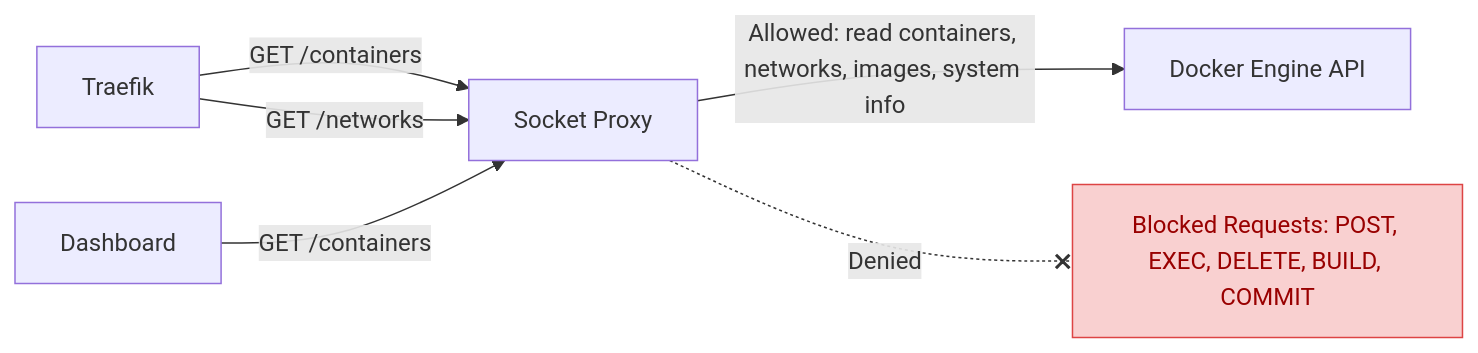
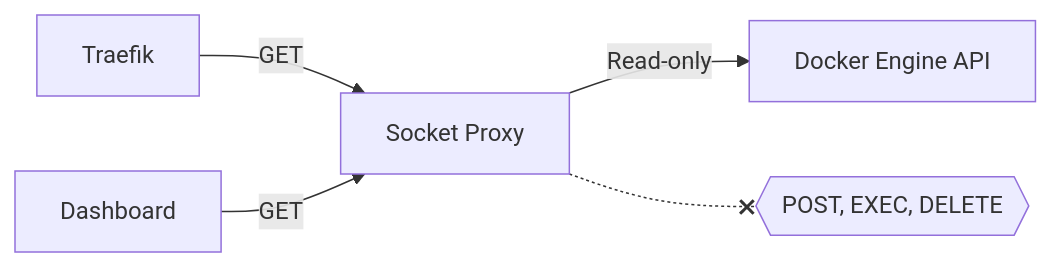
One commit to peermesh/docker-lab-docs changed the second of 3 diagrams in docs/foundation-stack.md. Above: the diagram before and after it, drawn with Mermaid. The commit also changed other lines of this file and 13 other files, not shown here.

First line of the commit message:
fix: improve diagram legibility and icon rendering

````diff
--- a/docs/foundation-stack.md
+++ b/docs/foundation-stack.md
@@ -48,18 +48,15 @@
 ```mermaid
 flowchart LR
     Traefik["Traefik"]
     Dashboard["Dashboard"]
     Proxy["Socket Proxy"]
     DockerAPI["Docker Engine API"]
 
-    Traefik -->|"GET /containers"| Proxy
-    Dashboard -->|"GET /containers"| Proxy
-    Traefik -->|"GET /networks"| Proxy
+    Traefik -->|"GET"| Proxy
+    Dashboard -->|"GET"| Proxy
 
-    Proxy -->|"Allowed: read containers, networks, images, system info"| DockerAPI
+    Proxy -->|"Read-only"| DockerAPI
 
-    Blocked["Blocked Requests: POST, EXEC, DELETE, BUILD, COMMIT"]
-    Proxy -.-x|"Denied"| Blocked
-
-    style Blocked fill:#f9d0d0,stroke:#d44,color:#900
+    Blocked{{"POST, EXEC, DELETE"}}
+    Proxy -.-x Blocked
 ```
````
